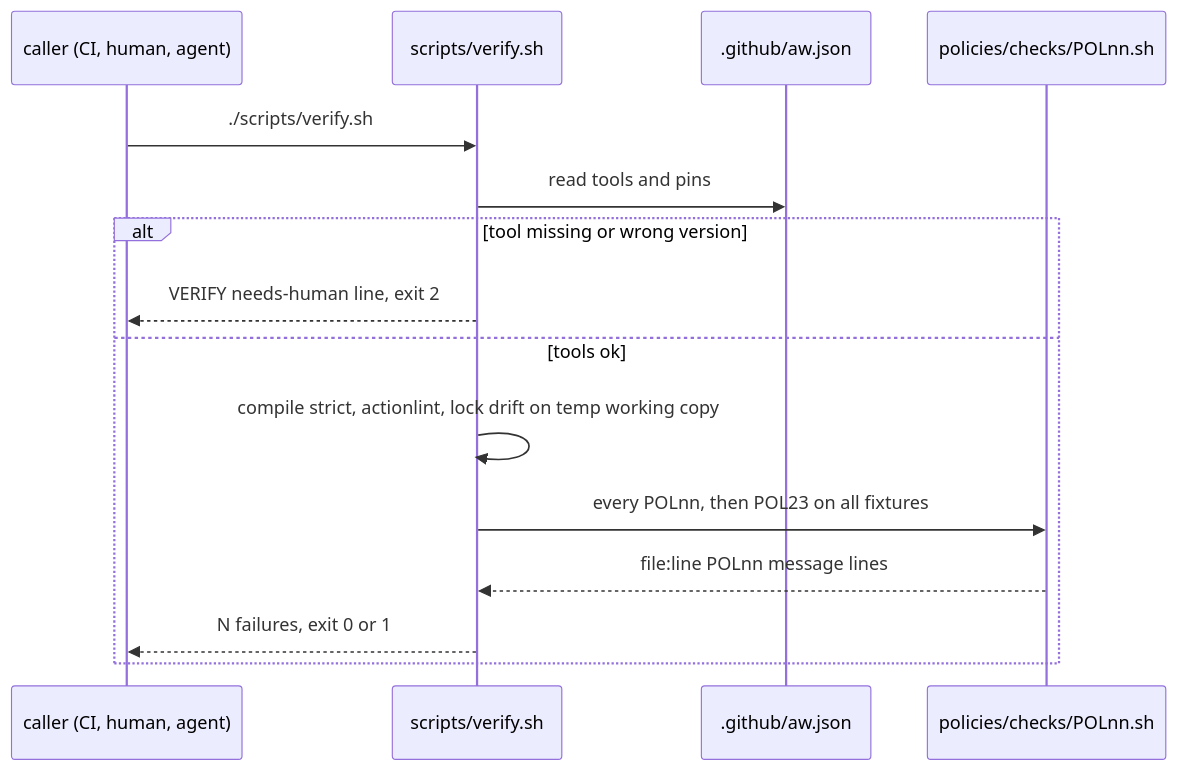
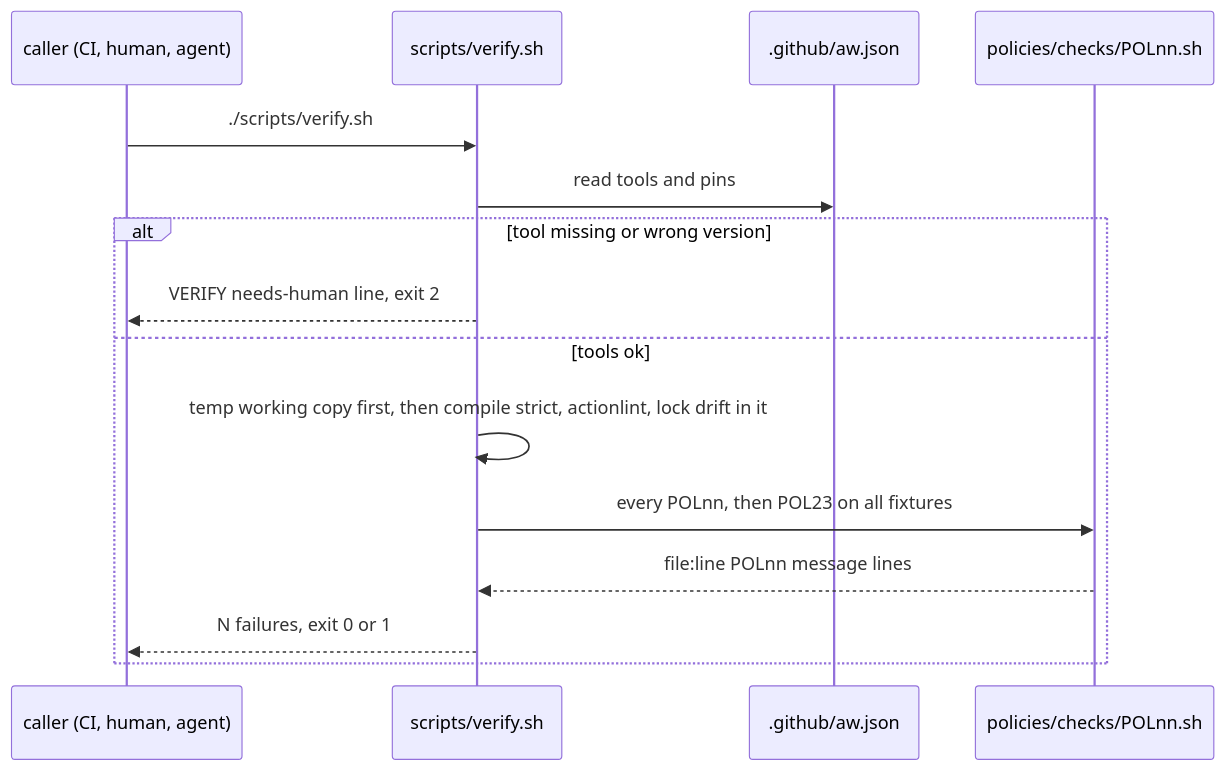
Before and after one commit to svennijhuis/agentic-workflows: the first of 2 diagrams in docs/pbi/verify/VF01.md, drawn with Mermaid. The commit also changed other lines of this file and 1 other file, not shown here.

Commit message:
docs(pbi): VF01/VF02 Cursor reviews 5648677300 and 5648752180, Reviewer and Tester 2 delta (grant rows, permissions, producers, temp repo)

````diff
--- a/docs/pbi/verify/VF01.md
+++ b/docs/pbi/verify/VF01.md
@@ -116,17 +125,17 @@
 ```mermaid
 sequenceDiagram
   participant C as caller (CI, human, agent)
   participant V as scripts/verify.sh
   participant J as .github/aw.json
   participant P as policies/checks/POLnn.sh
   C->>V: ./scripts/verify.sh
   V->>J: read tools and pins
   alt tool missing or wrong version
     V-->>C: VERIFY needs-human line, exit 2
   else tools ok
-    V->>V: compile strict, actionlint, lock drift on temp working copy
+    V->>V: temp working copy first, then compile strict, actionlint, lock drift in it
     V->>P: every POLnn, then POL23 on all fixtures
     P-->>V: file:line POLnn message lines
     V-->>C: N failures, exit 0 or 1
   end
 ```
````
